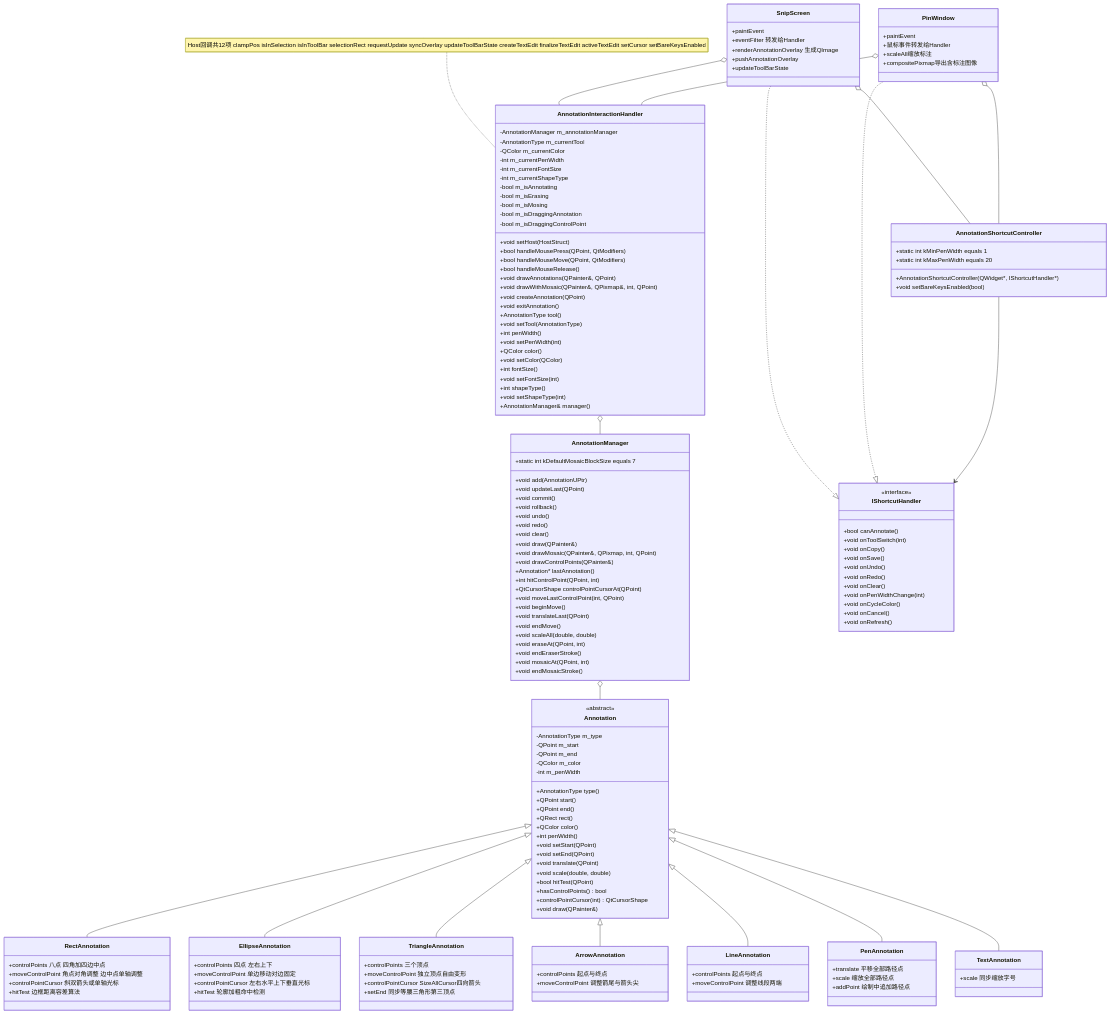
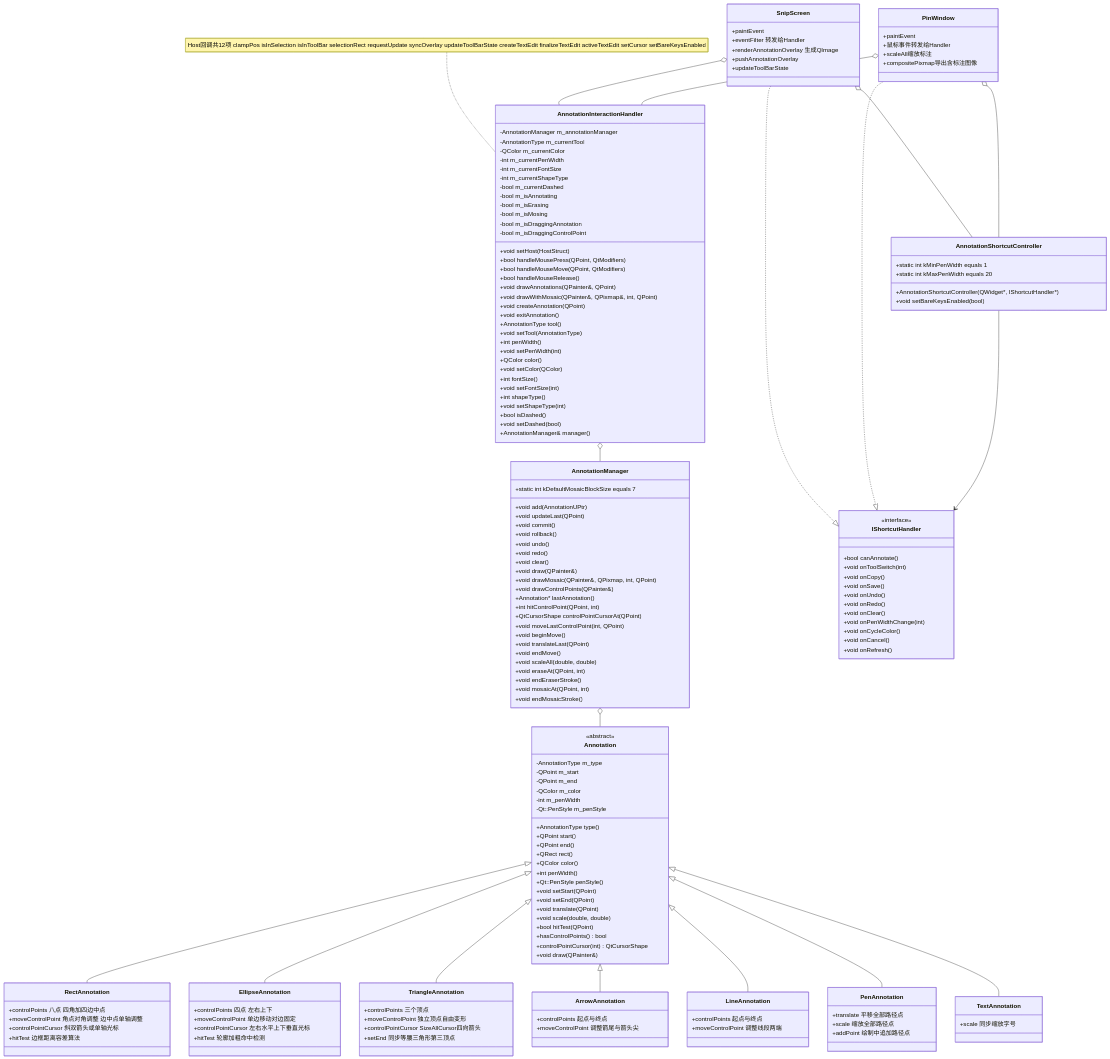
Before and after one commit to ChiangyangNPU/quick-shot: the second of 12 diagrams in docs/annotation.md, drawn with Mermaid. The commit also changed other lines of this file and 9 other files, not shown here.

```diff
--- a/docs/annotation.md
+++ b/docs/annotation.md
@@ -94,12 +96,14 @@
         -QPoint m_end
         -QColor m_color
         -int m_penWidth
+        -Qt::PenStyle m_penStyle
         +AnnotationType type()
         +QPoint start()
         +QPoint end()
         +QRect rect()
         +QColor color()
         +int penWidth()
+        +Qt::PenStyle penStyle()
         +void setStart(QPoint)
         +void setEnd(QPoint)
         +void translate(QPoint)
@@ -184,6 +188,7 @@
         -int m_currentPenWidth
         -int m_currentFontSize
         -int m_currentShapeType
+        -bool m_currentDashed
         -bool m_isAnnotating
         -bool m_isErasing
         -bool m_isMosing
@@ -207,6 +212,8 @@
         +void setFontSize(int)
         +int shapeType()
         +void setShapeType(int)
+        +bool isDashed()
+        +void setDashed(bool)
         +AnnotationManager& manager()
     }
 
```
